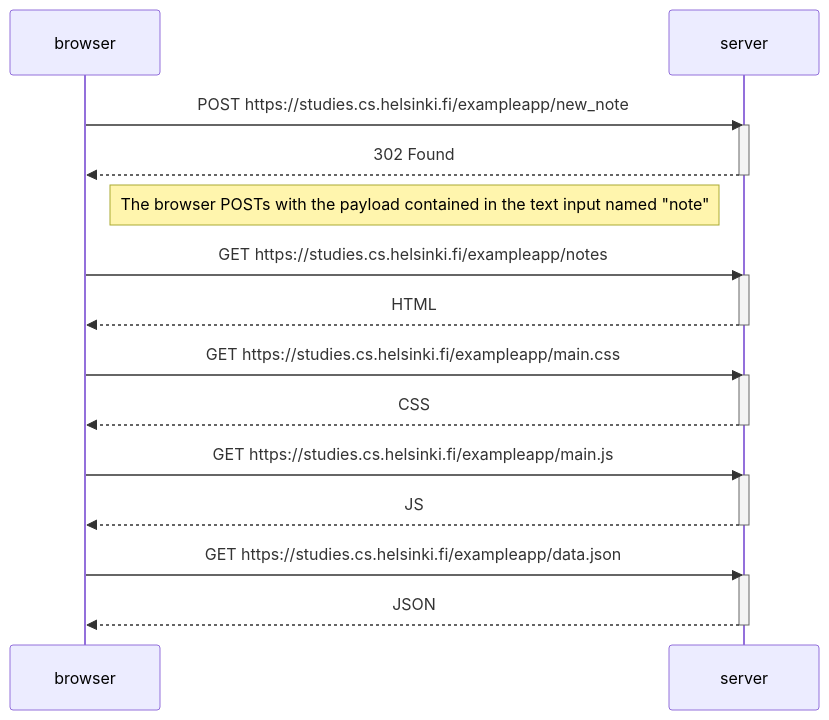
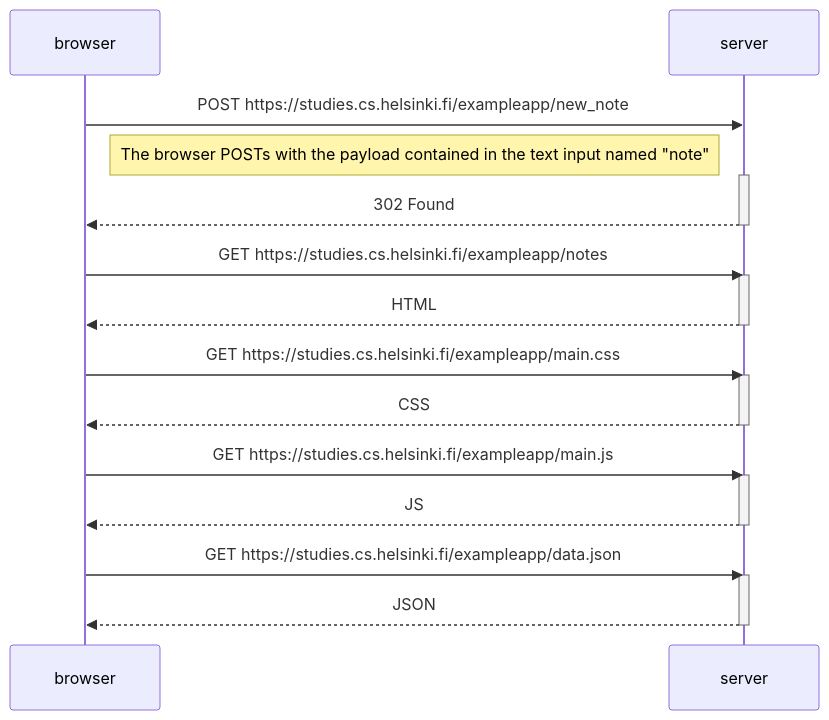
Before and after one commit to TomMcDonaldMetro/FullStackOpen: the diagram in part0/sequenceDiagram.md, drawn with Mermaid.

Commit message:
updated syntax

````diff
--- a/part0/sequenceDiagram.md
+++ b/part0/sequenceDiagram.md
@@ -1,31 +1,32 @@
 ```mermaid
 sequenceDiagram
     participant browser
     participant server
 
     browser ->>server: POST https://studies.cs.helsinki.fi/exampleapp/new_note
+    note right of browser: The browser POSTs with the payload contained in the text input named "note"
     activate server
     server-->>browser: 302 Found
     deactivate server
-    note right of browser: The browser POSTs with the payload contained in the text input named "note"
+    
 
     browser->>server: GET https://studies.cs.helsinki.fi/exampleapp/notes
     activate server
     server-->>browser: HTML
     deactivate server
 
     browser->>server: GET https://studies.cs.helsinki.fi/exampleapp/main.css
     activate server
     server-->>browser: CSS
     deactivate server
 
     browser->>server: GET https://studies.cs.helsinki.fi/exampleapp/main.js
     activate server
     server-->> browser: JS
     deactivate server
 
     browser->>server: GET https://studies.cs.helsinki.fi/exampleapp/data.json 
     activate server
     server-->> browser: JSON
     deactivate server;
 ```
````
